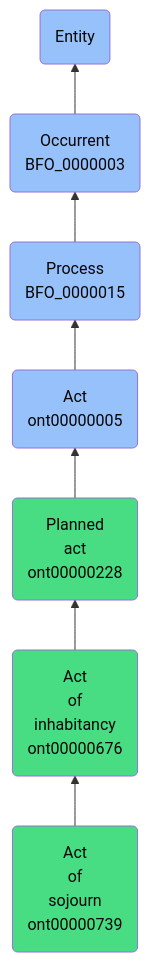
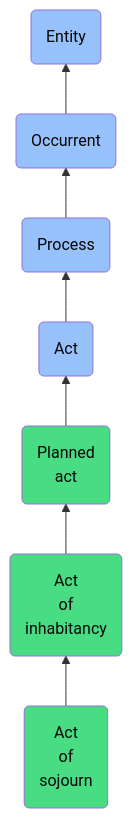
Before and after one commit to jupyter-naas/abi: the diagram in docs/ontology/reference/model/Entity/Occurrent/Process/Act/Planned act/Act of inhabitancy/Act of sojourn/Act of sojourn.md, drawn with Mermaid. The commit also changed other lines of this file and 1430 other files, not shown here.

````diff
--- a/docs/ontology/reference/model/Entity/Occurrent/Process/Act/Planned act/Act of inhabitancy/Act of sojourn/Act of sojourn.md
+++ b/docs/ontology/reference/model/Entity/Occurrent/Process/Act/Planned act/Act of inhabitancy/Act of sojourn/Act of sojourn.md
@@ -24,14 +24,14 @@
 ```mermaid
 graph BT
-    ont00000739(Act<br>of<br>sojourn<br>ont00000739):::ABI-->ont00000676
-    ont00000676(Act<br>of<br>inhabitancy<br>ont00000676):::ABI-->ont00000228
-    ont00000228(Planned<br>act<br>ont00000228):::ABI-->ont00000005
-    ont00000005(Act<br>ont00000005):::BFO-->BFO_0000015
-    BFO_0000015(Process<br>BFO_0000015):::BFO-->BFO_0000003
-    BFO_0000003(Occurrent<br>BFO_0000003):::BFO-->BFO_0000001
+    ont00000739(Act<br>of<br>sojourn):::ABI-->ont00000676
+    ont00000676(Act<br>of<br>inhabitancy):::ABI-->ont00000228
+    ont00000228(Planned<br>act):::ABI-->ont00000005
+    ont00000005(Act):::BFO-->BFO_0000015
+    BFO_0000015(Process):::BFO-->BFO_0000003
+    BFO_0000003(Occurrent):::BFO-->BFO_0000001
     BFO_0000001(Entity):::BFO
     
     classDef BFO fill:#97c1fb,color:#060606
     classDef CCO fill:#e4c51e,color:#060606
     classDef ABI fill:#48DD82,color:#060606
 ```
````
